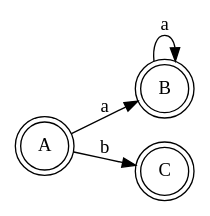
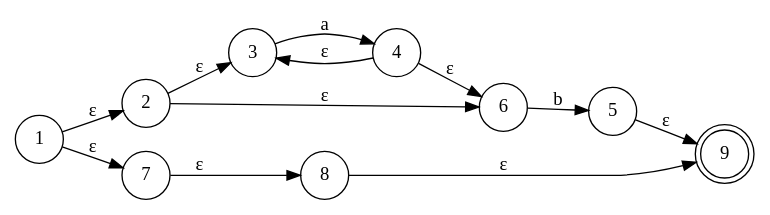
Before and after one commit to josepablito16/Regex-Engine: the diagram in Entrega final/fsm.gv, drawn with Graphviz. The commit also changed 9 other files, not shown here.

```diff
--- a/Entrega final/fsm.gv
+++ b/Entrega final/fsm.gv
@@ -1,11 +1,17 @@
 digraph finite_state_machine {
 	rankdir=LR size="8,5"
 	node [shape=doublecircle]
-	A
-	B
-	C
+	9
 	node [shape=circle]
-	A -> B [label=a]
-	A -> C [label=b]
-	B -> B [label=a]
+	1 -> 2 [label="ε"]
+	1 -> 7 [label="ε"]
+	7 -> 8 [label="ε"]
+	8 -> 9 [label="ε"]
+	2 -> 3 [label="ε"]
+	2 -> 6 [label="ε"]
+	3 -> 4 [label=a]
+	4 -> 3 [label="ε"]
+	4 -> 6 [label="ε"]
+	5 -> 9 [label="ε"]
+	6 -> 5 [label=b]
 }
```
